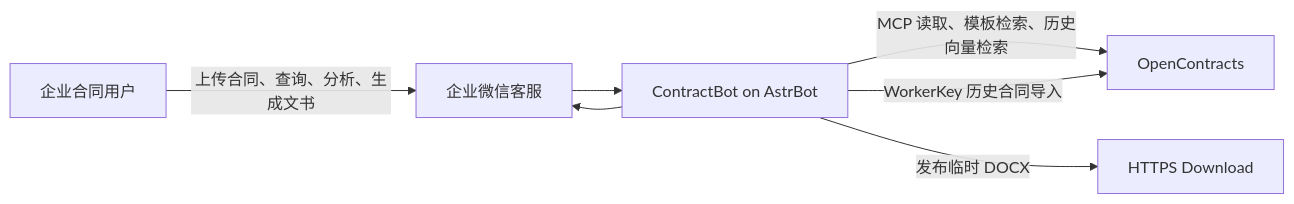
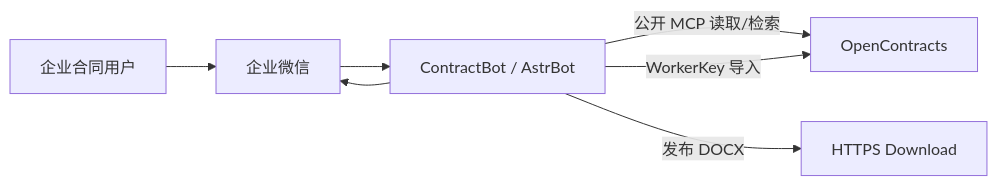
The first of 2 diagrams in docs/architecture/system-context.md (Ri0n72Y/ContractBotConfig), drawn with Mermaid before and after one commit. The commit also changed other lines of this file and 35 other files, not shown here.

````diff
--- a/docs/architecture/system-context.md
+++ b/docs/architecture/system-context.md
@@ -11,15 +9,14 @@
 ```mermaid
 flowchart LR
     User[企业合同用户]
-    ContractBot[ContractBot on AstrBot]
-    WeCom[企业微信客服]
+    WeCom[企业微信]
+    AstrBot[ContractBot / AstrBot]
     OpenContracts[OpenContracts]
     Download[HTTPS Download]
 
-    User -->|上传合同、查询、分析、生成文书| WeCom
-    WeCom --> ContractBot
-    ContractBot -->|MCP 读取、模板检索、历史向量检索| OpenContracts
-    ContractBot -->|WorkerKey 历史合同导入| OpenContracts
-    ContractBot -->|发布临时 DOCX| Download
-    ContractBot --> WeCom
+    User --> WeCom --> AstrBot
+    AstrBot -->|公开 MCP 读取/检索| OpenContracts
+    AstrBot -->|WorkerKey 导入| OpenContracts
+    AstrBot -->|发布 DOCX| Download
+    AstrBot --> WeCom
 ```
````
